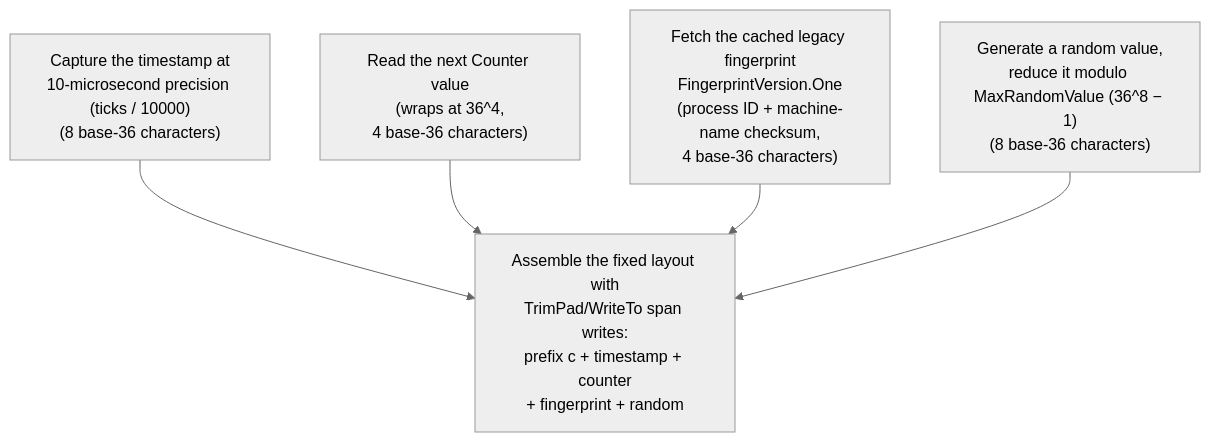
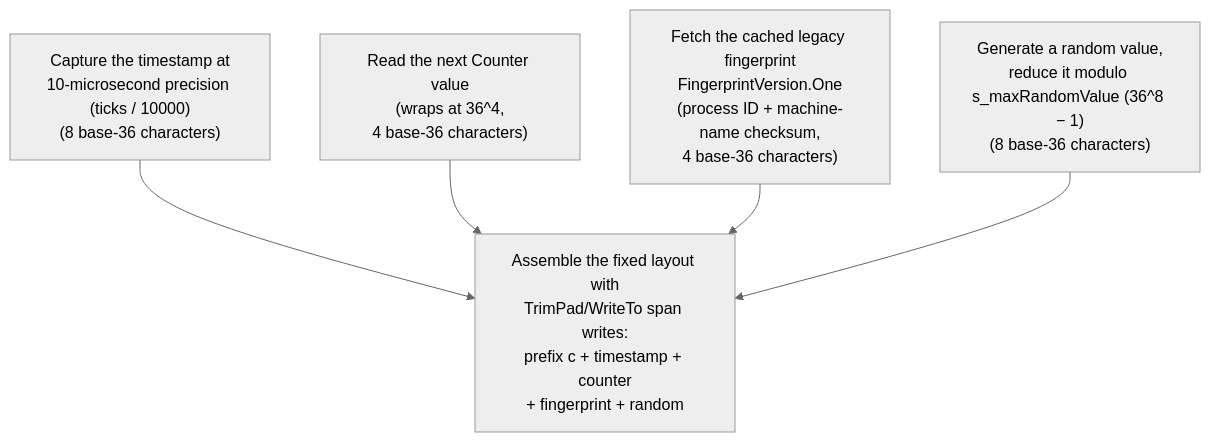
The second of 2 diagrams in ARCHITECTURE.md (visus-io/cuid.net), drawn with Mermaid (neutral theme) before and after one commit. The commit also changed other lines of this file and 9 other files, not shown here.

````diff
--- a/ARCHITECTURE.md
+++ b/ARCHITECTURE.md
@@ -135,13 +153,13 @@
 ```mermaid
 flowchart TD
     A["Capture the timestamp at\n10-microsecond precision (ticks / 10000)\n(8 base-36 characters)"]
     B["Read the next Counter value\n(wraps at 36^4,\n4 base-36 characters)"]
     C["Fetch the cached legacy fingerprint\nFingerprintVersion.One\n(process ID + machine-name checksum,\n4 base-36 characters)"]
-    D["Generate a random value,\nreduce it modulo MaxRandomValue (36^8 − 1)\n(8 base-36 characters)"]
+    D["Generate a random value,\nreduce it modulo s_maxRandomValue (36^8 − 1)\n(8 base-36 characters)"]
     E["Assemble the fixed layout with\nTrimPad/WriteTo span writes:\nprefix c + timestamp + counter\n+ fingerprint + random"]
 
     A --> E
     B --> E
     C --> E
     D --> E
 ```
````
